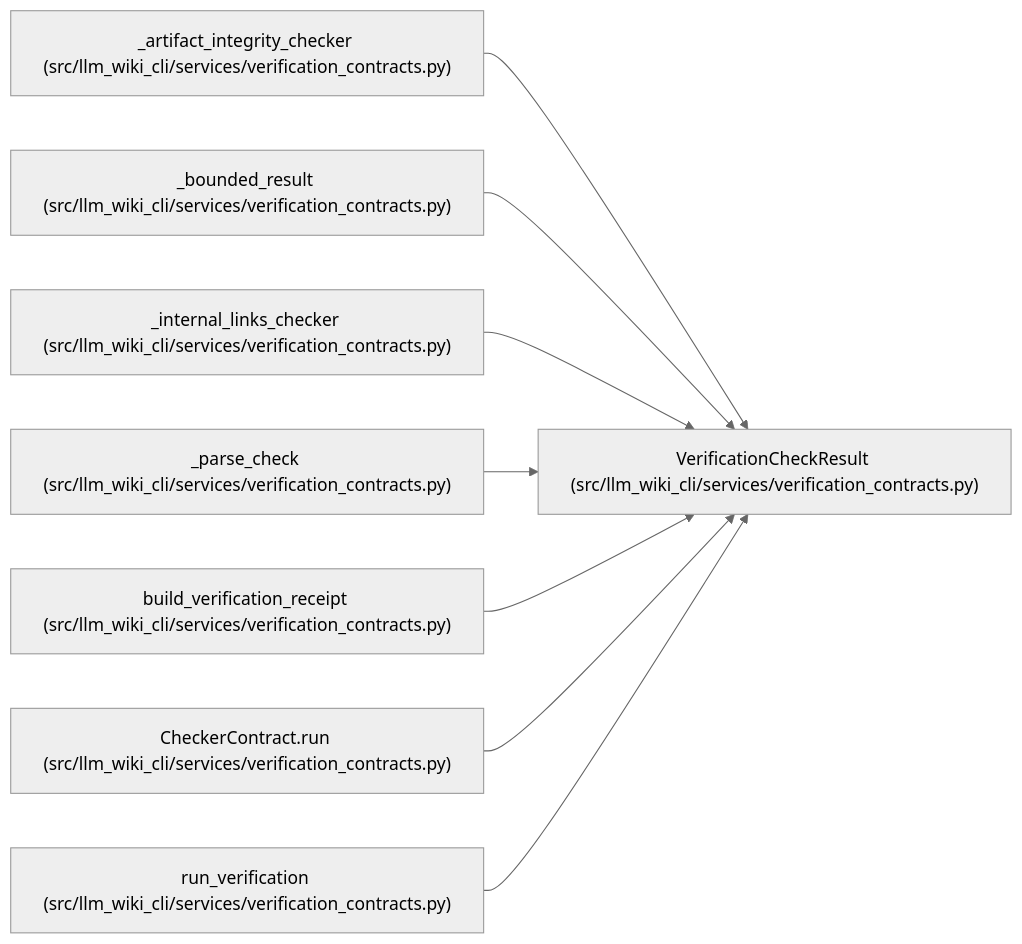
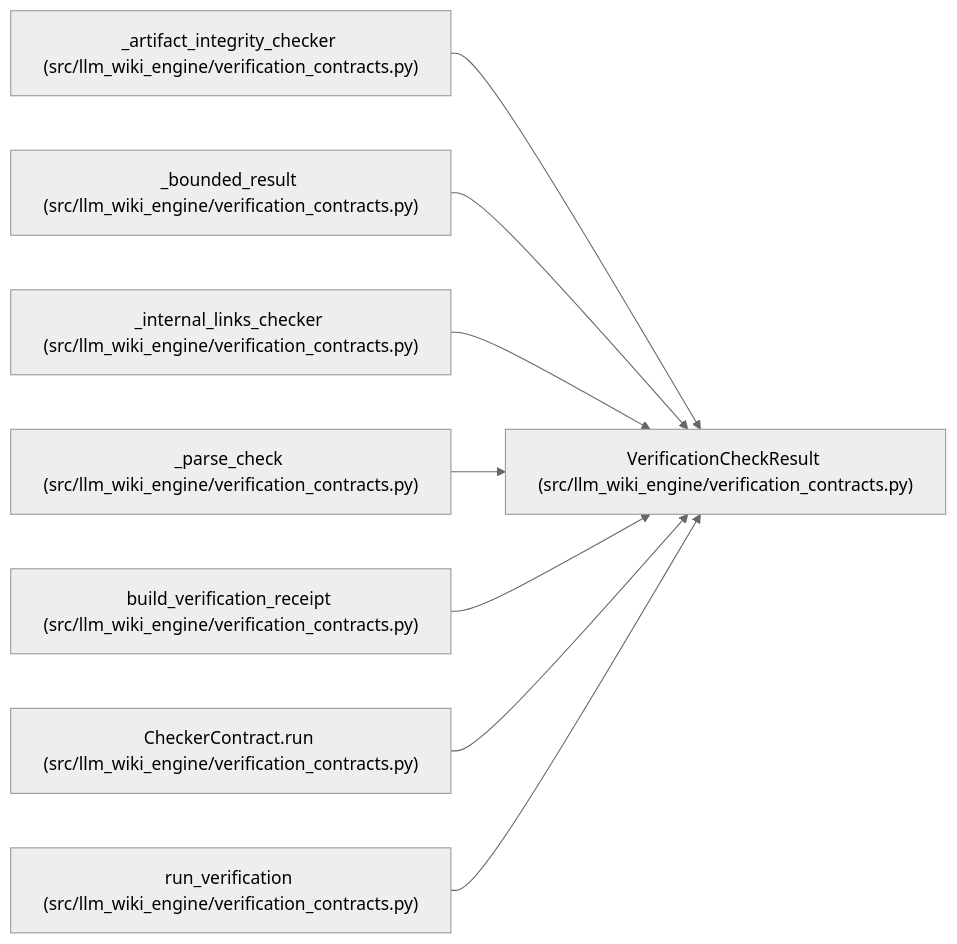
The diagram in docs/llm_wiki/entities/VerificationCheckResult.md (Denissvgn/python-wiki-llm), drawn with Mermaid (neutral theme) before and after one commit. The commit also changed other lines of this file and 1058 other files, not shown here.

````diff
--- a/docs/llm_wiki/entities/VerificationCheckResult.md
+++ b/docs/llm_wiki/entities/VerificationCheckResult.md
@@ -34,26 +34,26 @@
 ```mermaid
 flowchart LR
-    n0["VerificationCheckResult (src/llm_wiki_cli/services/verification_contracts.py)"]
-    n1["_artifact_integrity_checker (src/llm_wiki_cli/services/verification_contracts.py)"]
-    n2["_bounded_result (src/llm_wiki_cli/services/verification_contracts.py)"]
-    n3["_internal_links_checker (src/llm_wiki_cli/services/verification_contracts.py)"]
-    n4["_parse_check (src/llm_wiki_cli/services/verification_contracts.py)"]
-    n5["build_verification_receipt (src/llm_wiki_cli/services/verification_contracts.py)"]
-    n6["CheckerContract.run (src/llm_wiki_cli/services/verification_contracts.py)"]
-    n7["run_verification (src/llm_wiki_cli/services/verification_contracts.py)"]
+    n0["VerificationCheckResult (src/llm_wiki_engine/verification_contracts.py)"]
+    n1["_artifact_integrity_checker (src/llm_wiki_engine/verification_contracts.py)"]
+    n2["_bounded_result (src/llm_wiki_engine/verification_contracts.py)"]
+    n3["_internal_links_checker (src/llm_wiki_engine/verification_contracts.py)"]
+    n4["_parse_check (src/llm_wiki_engine/verification_contracts.py)"]
+    n5["build_verification_receipt (src/llm_wiki_engine/verification_contracts.py)"]
+    n6["CheckerContract.run (src/llm_wiki_engine/verification_contracts.py)"]
+    n7["run_verification (src/llm_wiki_engine/verification_contracts.py)"]
     n1 --> n0
     n2 --> n0
     n3 --> n0
     n4 --> n0
     n5 --> n0
     n6 --> n0
     n7 --> n0
     click n0 "../modules/verification_contracts.md"
     click n1 "../modules/verification_contracts.md"
     click n2 "../modules/verification_contracts.md"
     click n3 "../modules/verification_contracts.md"
     click n4 "../modules/verification_contracts.md"
     click n5 "../modules/verification_contracts.md"
     click n6 "../modules/verification_contracts.md"
     click n7 "../modules/verification_contracts.md"
 ```
````
